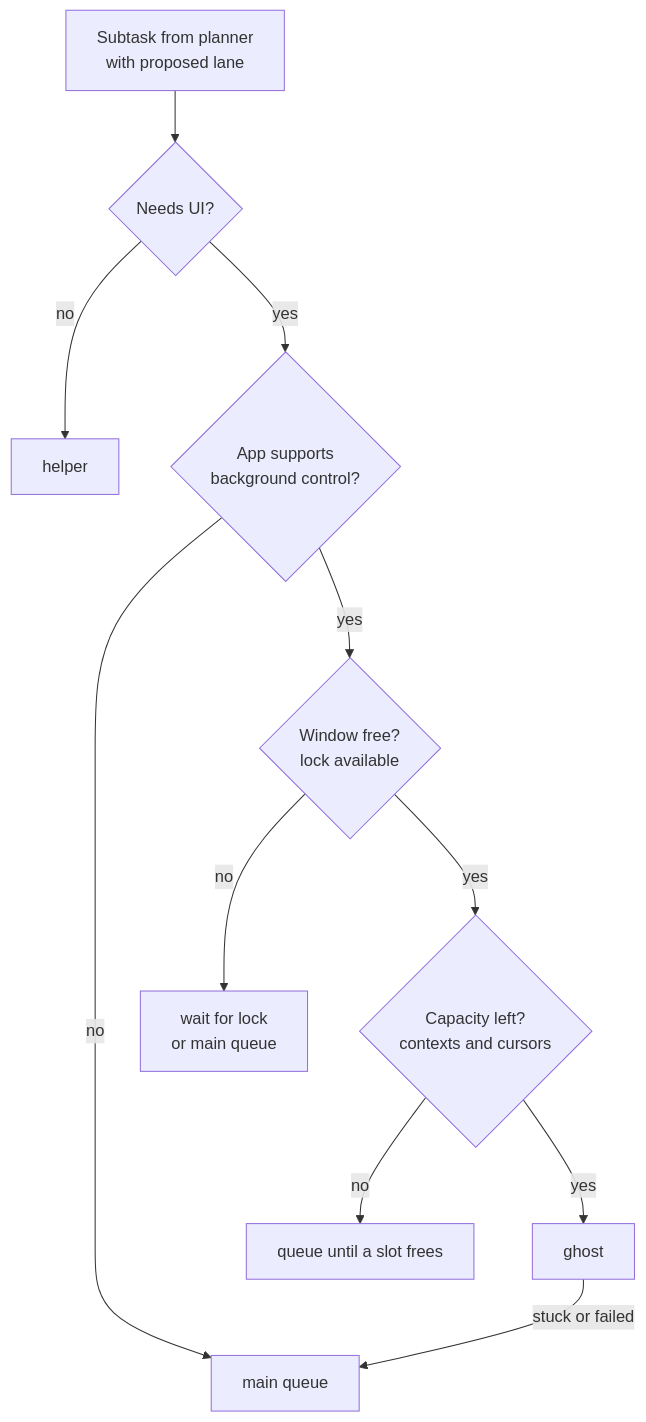
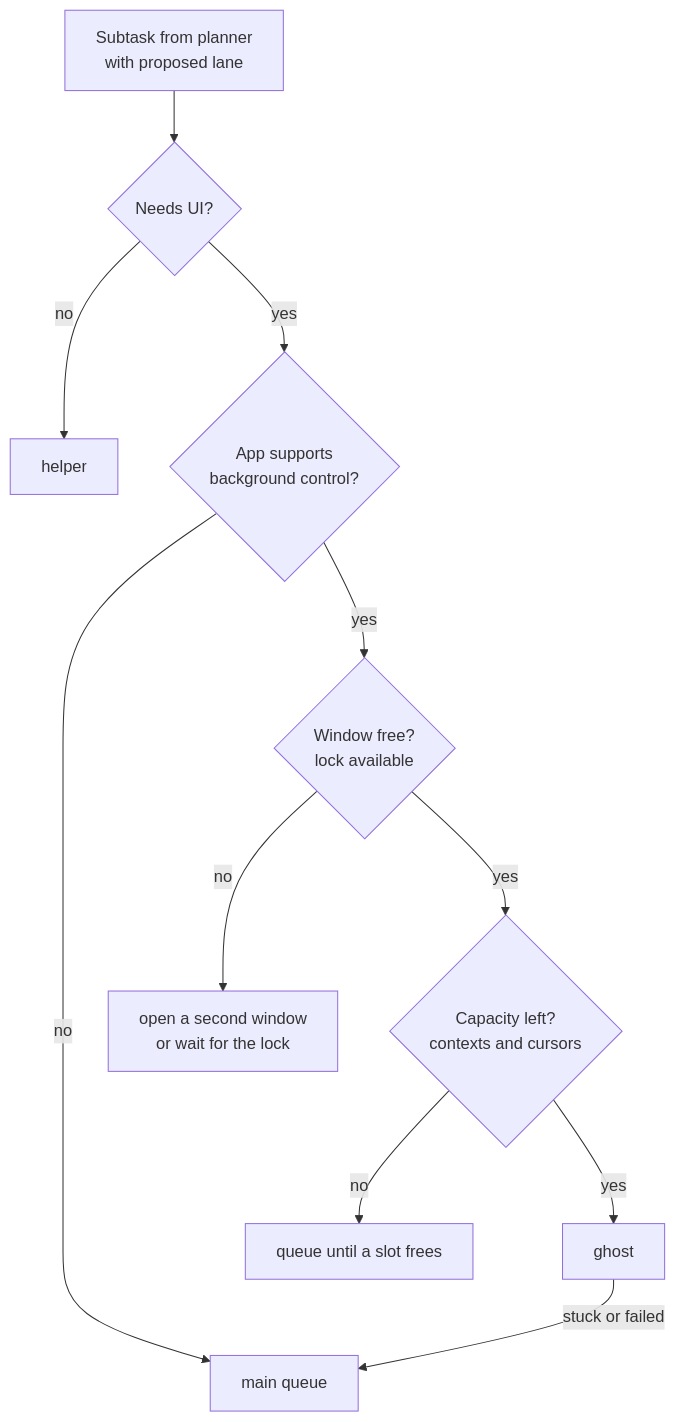
One commit to brentzo/appbuilders-hackathon changed the diagram in docs/lane-router.md. Above: the diagram before and after it, drawn with Mermaid. The commit also changed other lines of this file and 1 other file, not shown here.

First line of the commit message:
docs(spec-03): decide busy-window and tiling behavior

````diff
--- a/docs/lane-router.md
+++ b/docs/lane-router.md
@@ -31,13 +31,13 @@
 ```mermaid
 flowchart TD
     A[Subtask from planner<br/>with proposed lane] --> B{Needs UI?}
     B -- no --> H[helper]
     B -- yes --> C{App supports<br/>background control?}
     C -- no --> M[main queue]
     C -- yes --> D{Window free?<br/>lock available}
-    D -- no --> W[wait for lock<br/>or main queue]
+    D -- no --> W[open a second window<br/>or wait for the lock]
     D -- yes --> E{Capacity left?<br/>contexts and cursors}
     E -- no --> Q[queue until a slot frees]
     E -- yes --> G[ghost]
     G -- stuck or failed --> M
 ```
````
